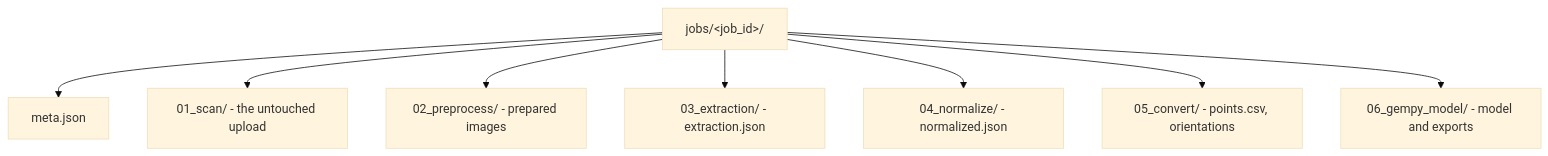
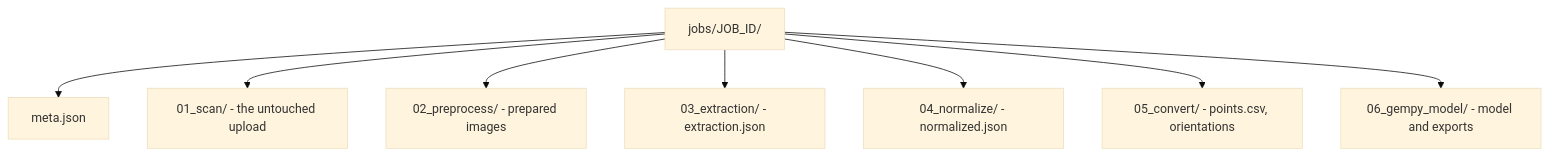
One commit to jennarbates/StratigraphyGenerator changed the diagram in docs/architecture/files-and-artifacts.md. Above: the diagram before and after it, drawn with Mermaid (base theme). The commit also changed 7 other files, not shown here.

````diff
--- a/docs/architecture/files-and-artifacts.md
+++ b/docs/architecture/files-and-artifacts.md
@@ -22,10 +22,10 @@
 ```mermaid
 flowchart TD
-  Job[jobs/&lt;job_id&gt;/] --> Meta[meta.json]
+  Job[jobs/JOB_ID/] --> Meta[meta.json]
   Job --> S[01_scan/ - the untouched upload]
   Job --> P[02_preprocess/ - prepared images]
   Job --> E[03_extraction/ - extraction.json]
   Job --> N[04_normalize/ - normalized.json]
   Job --> C[05_convert/ - points.csv, orientations]
   Job --> G[06_gempy_model/ - model and exports]
 ```
````
